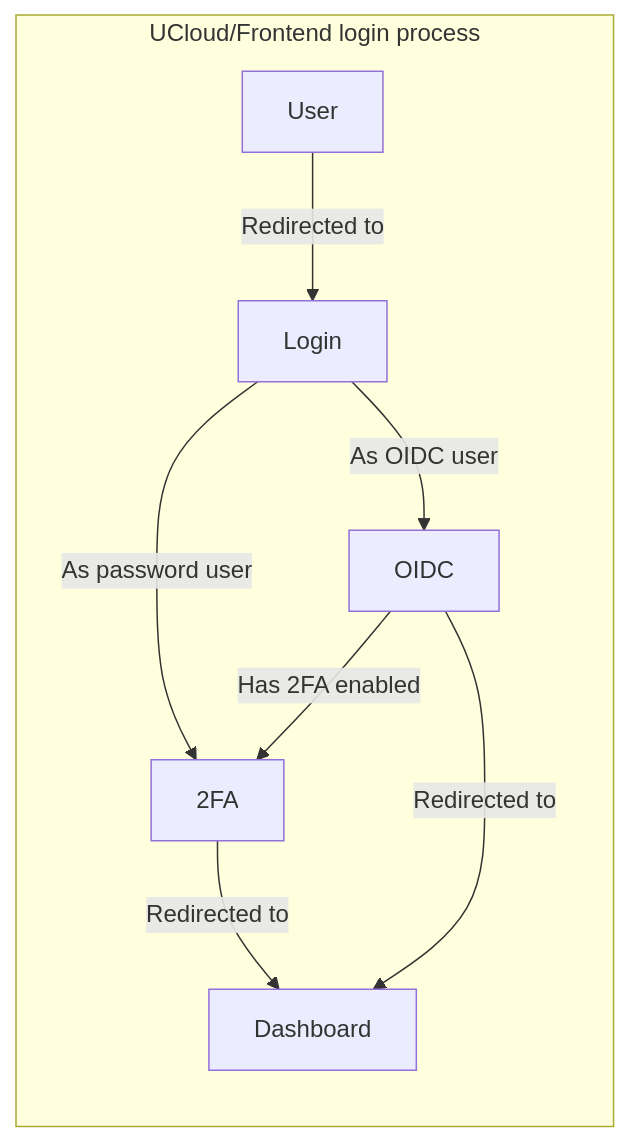
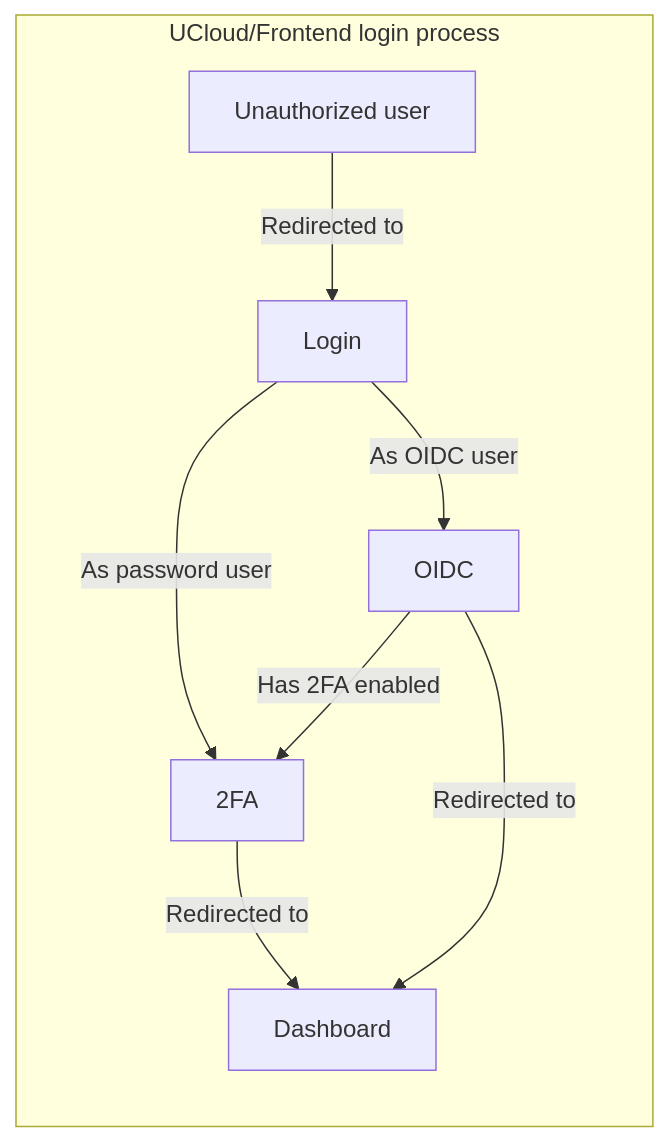
The diagram in provider-integration/im2/docs/src/dev/frontend/auth.md (SDU-eScience/UCloud), drawn with Mermaid before and after one commit. The commit also changed other lines of this file and 1 other file, not shown here.

Commit message:
Fix spelling mistakes, update auth diagram Remove trailing sentence

````diff
--- a/provider-integration/im2/docs/src/dev/frontend/auth.md
+++ b/provider-integration/im2/docs/src/dev/frontend/auth.md
@@ -12,17 +14,17 @@
 ```mermaid
 flowchart LR
     subgraph loginprocess["UCloud/Frontend login process"]
-        A["User"]:::diagram-external-user
+        A["Unauthorized user"]:::diagram-external-user
         B["Login"]:::diagram-external-window
         C["OIDC"]:::diagram-external-cog-6-tooth
         D["2FA"]:::diagram-external-cog-6-tooth
         E["Dashboard"]:::diagram-external-window
     end
     
     A -->|Redirected to| B
     B -->|As OIDC user| C
     B -->|As password user| D
     D -->|Redirected to| E
     C -->|Redirected to| E
     C -->|Has 2FA enabled| D
 ```
````
